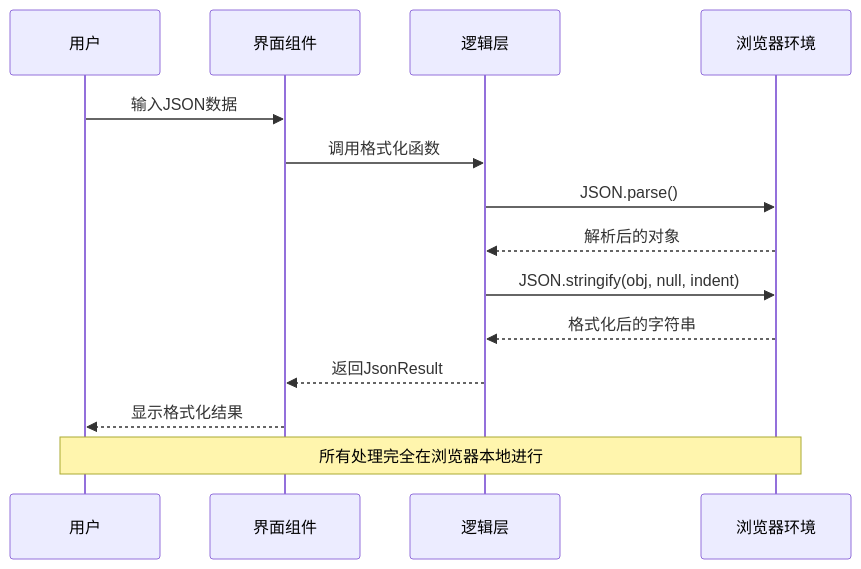
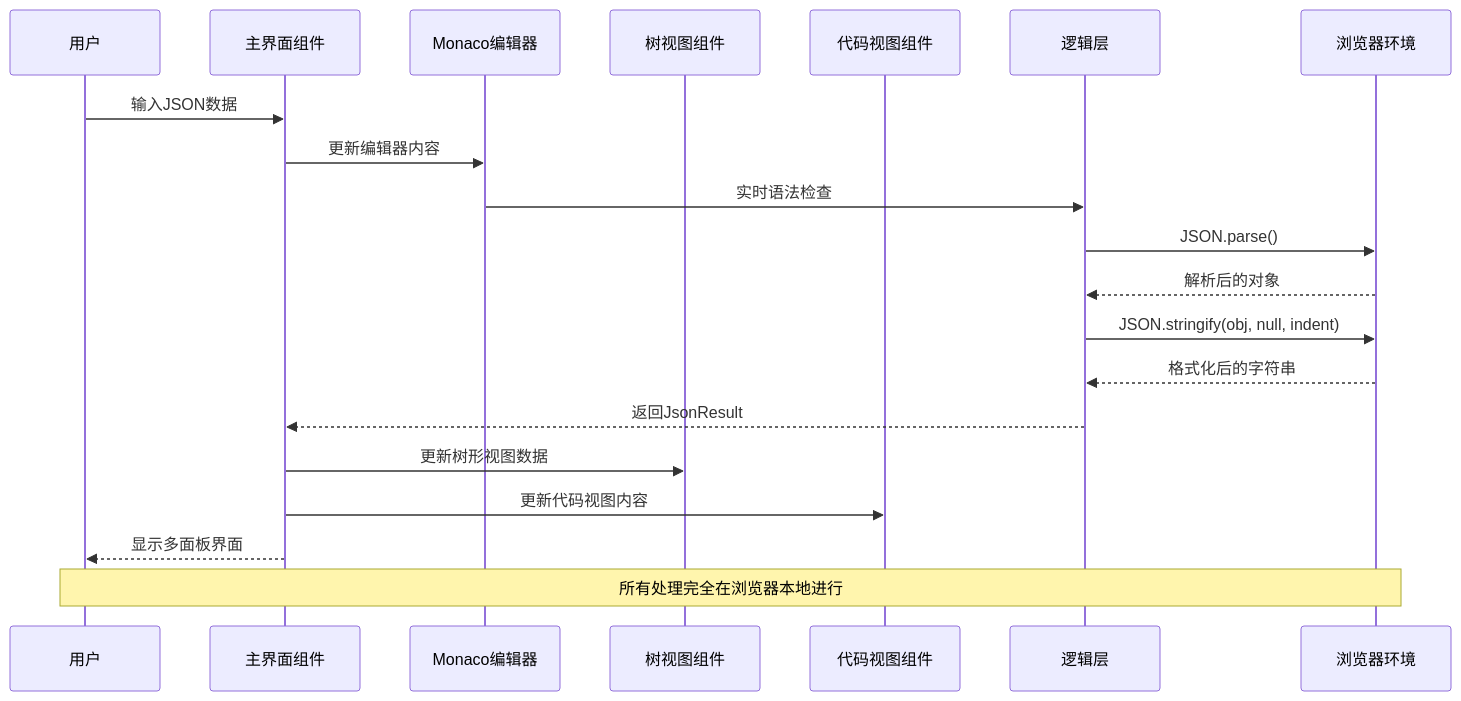
The third of 5 diagrams in .qoder/repowiki/zh/content/开发者工具/JSON格式化工具.md (sgyy/privadeck), drawn with Mermaid before and after one commit. The commit also changed other lines of this file and 4 other files, not shown here.

````diff
--- a/.qoder/repowiki/zh/content/开发者工具/JSON格式化工具.md
+++ b/.qoder/repowiki/zh/content/开发者工具/JSON格式化工具.md
@@ -129,16 +203,22 @@
 ```mermaid
 sequenceDiagram
 participant User as 用户
-participant UI as 界面组件
+participant UI as 主界面组件
+participant Monaco as Monaco编辑器
+participant Tree as 树视图组件
+participant Code as 代码视图组件
 participant Logic as 逻辑层
 participant Browser as 浏览器环境
 User->>UI : 输入JSON数据
-UI->>Logic : 调用格式化函数
+UI->>Monaco : 更新编辑器内容
+Monaco->>Logic : 实时语法检查
 Logic->>Browser : JSON.parse()
 Browser-->>Logic : 解析后的对象
 Logic->>Browser : JSON.stringify(obj, null, indent)
 Browser-->>Logic : 格式化后的字符串
 Logic-->>UI : 返回JsonResult
-UI-->>User : 显示格式化结果
+UI->>Tree : 更新树形视图数据
+UI->>Code : 更新代码视图内容
+UI-->>User : 显示多面板界面
 Note over User,Browser : 所有处理完全在浏览器本地进行
 ```
````
